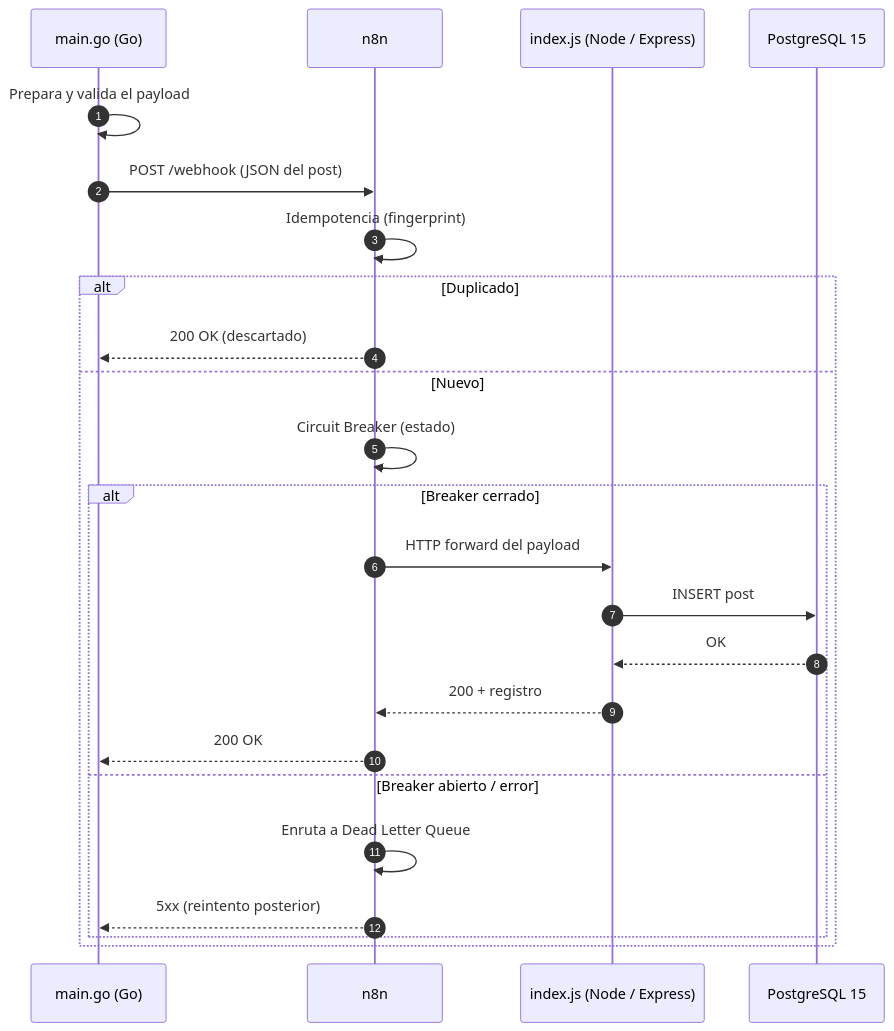
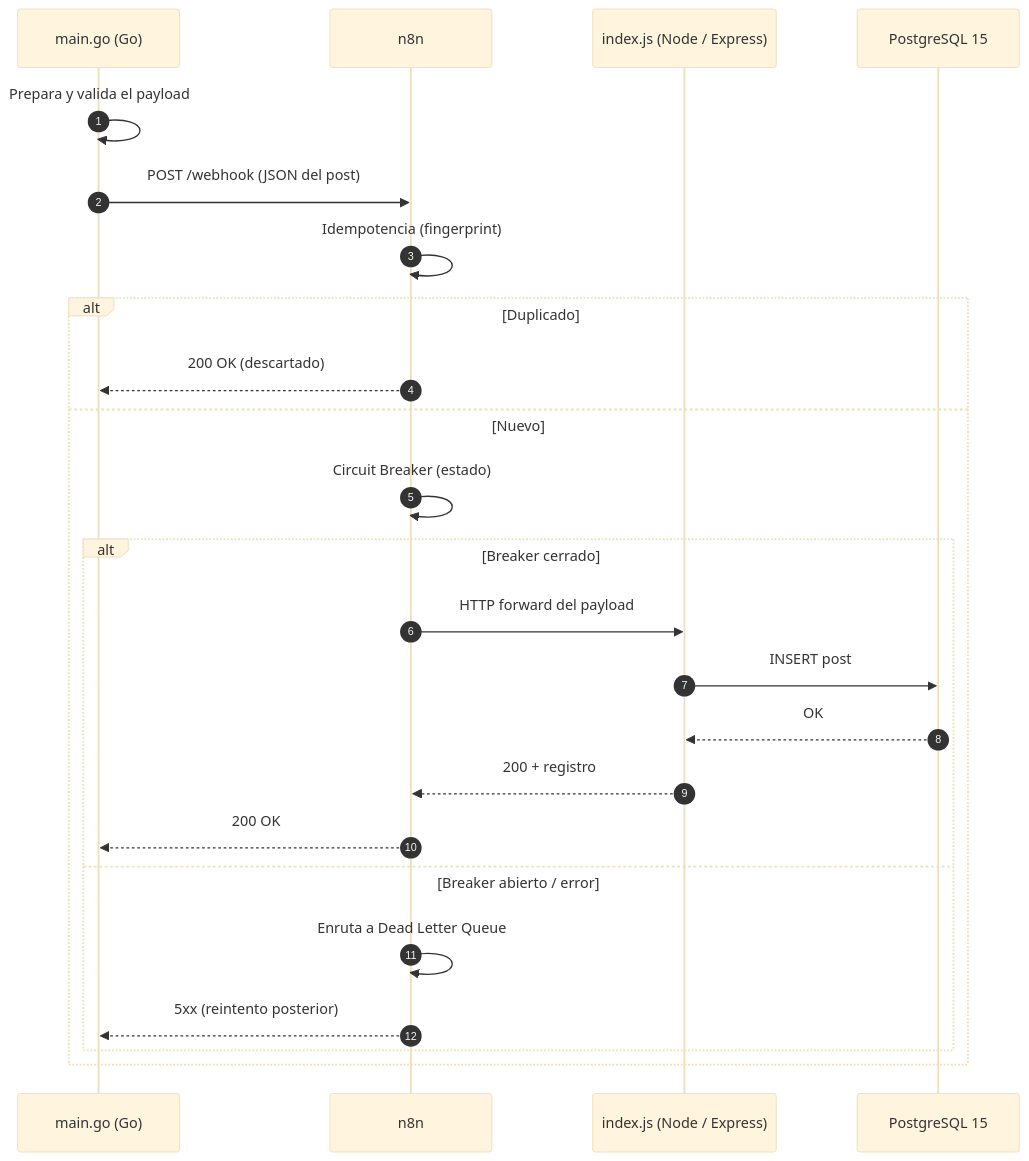
The second of 2 diagrams in cases/03-go-to-node/ARCHITECTURE.md (vladimiracunadev-create/social-bot-scheduler), drawn with Mermaid before and after one commit. The commit also changed other lines of this file and 8 other files, not shown here.

First line of the commit message:
style(diagrams): mejora legibilidad — fuente grande + flujo vertical

````diff
--- a/cases/03-go-to-node/ARCHITECTURE.md
+++ b/cases/03-go-to-node/ARCHITECTURE.md
@@ -66,27 +67,28 @@
 ```mermaid
+%%{init: {'theme':'base','themeVariables':{'fontSize':'24px','fontFamily':'Segoe UI, Arial, sans-serif'},'sequence':{'useMaxWidth':true,'actorFontSize':22,'messageFontSize':20,'noteFontSize':18,'actorMargin':90,'boxMargin':16,'width':180}}}%%
 sequenceDiagram
     autonumber
     participant Bot as main.go (Go)
     participant N8N as n8n
     participant Dest as index.js (Node / Express)
     participant DB as PostgreSQL 15
 
     Bot->>Bot: Prepara y valida el payload
     Bot->>N8N: POST /webhook (JSON del post)
     N8N->>N8N: Idempotencia (fingerprint)
     alt Duplicado
         N8N-->>Bot: 200 OK (descartado)
     else Nuevo
         N8N->>N8N: Circuit Breaker (estado)
         alt Breaker cerrado
             N8N->>Dest: HTTP forward del payload
             Dest->>DB: INSERT post
             DB-->>Dest: OK
             Dest-->>N8N: 200 + registro
             N8N-->>Bot: 200 OK
         else Breaker abierto / error
             N8N->>N8N: Enruta a Dead Letter Queue
             N8N-->>Bot: 5xx (reintento posterior)
         end
     end
 ```
````
